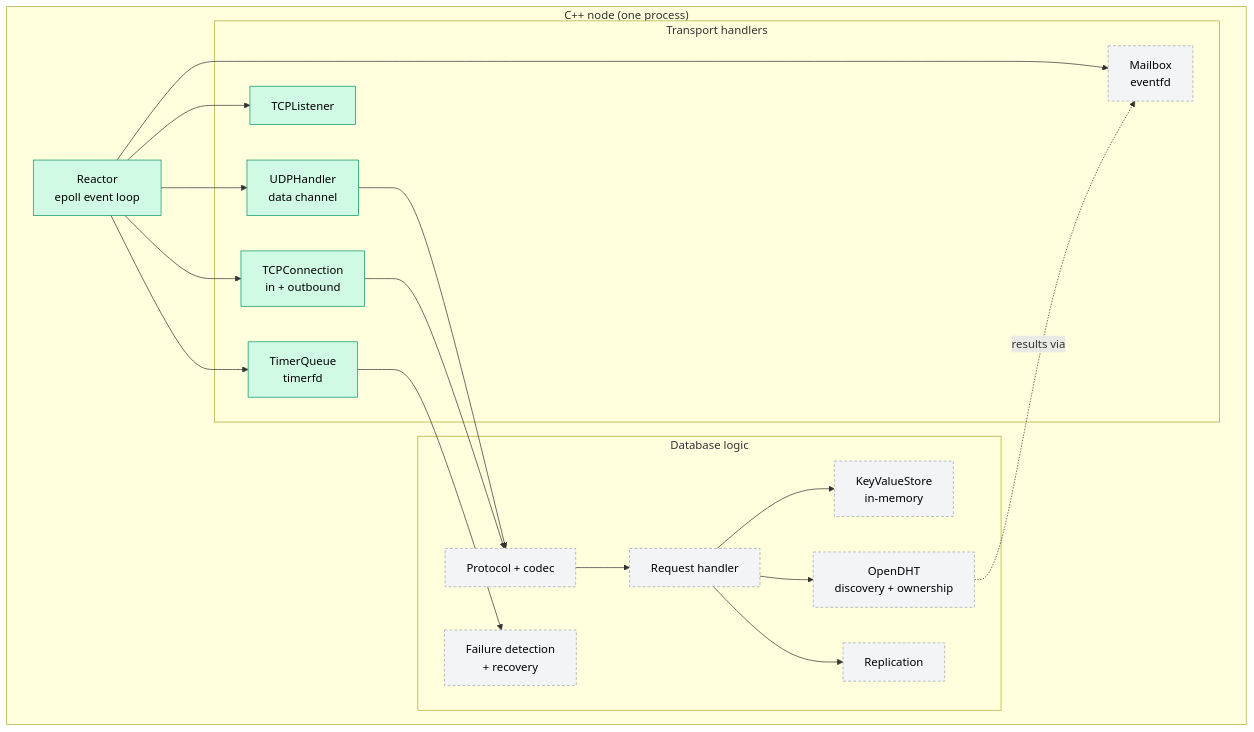
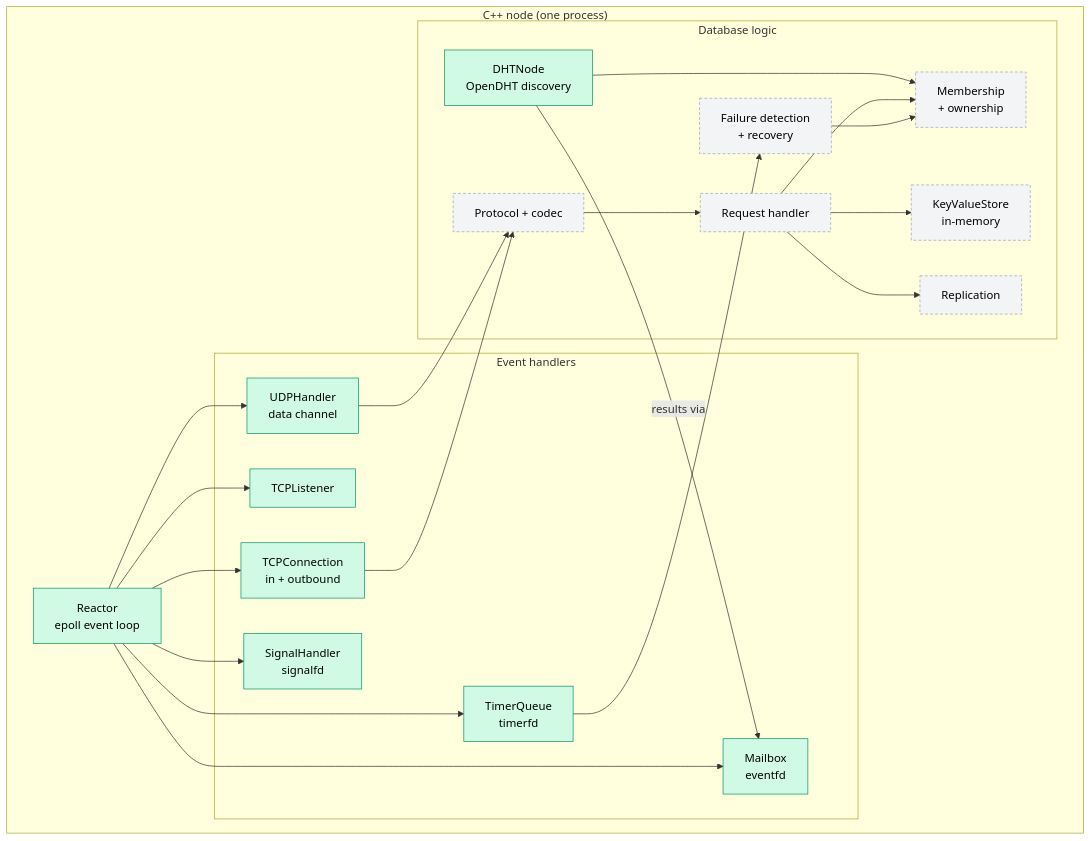
Before and after one commit to vasilev-anri/distributed_key-value_database: the second of 7 diagrams in README.md, drawn with Mermaid. The commit also changed other lines of this file, not shown here.

````diff
--- a/README.md
+++ b/README.md
@@ -61,42 +66,47 @@
 ```mermaid
 flowchart TB
     subgraph Node["C++ node (one process)"]
         R["Reactor<br/>epoll event loop"]
 
-        subgraph Transport["Transport handlers"]
+        subgraph Transport["Event handlers"]
             UDP["UDPHandler<br/>data channel"]
             TL["TCPListener"]
             TC["TCPConnection<br/>in + outbound"]
             TQ["TimerQueue<br/>timerfd"]
             MB["Mailbox<br/>eventfd"]
+            SIG["SignalHandler<br/>signalfd"]
         end
 
         subgraph Logic["Database logic"]
+            DHT["DHTNode<br/>OpenDHT discovery"]
+            MEM["Membership<br/>+ ownership"]
             CODEC["Protocol + codec"]
             RH["Request handler"]
             KV["KeyValueStore<br/>in-memory"]
-            DHT["OpenDHT<br/>discovery + ownership"]
             REP["Replication"]
             FD["Failure detection<br/>+ recovery"]
         end
 
         R --> UDP
         R --> TL
         R --> TC
         R --> TQ
         R --> MB
+        R --> SIG
+        DHT -- "results via" --> MB
+        DHT --> MEM
         UDP --> CODEC
         TC --> CODEC
         CODEC --> RH
+        RH --> MEM
         RH --> KV
-        RH --> DHT
         RH --> REP
         TQ --> FD
-        DHT -. "results via" .-> MB
+        FD --> MEM
     end
 
     classDef done fill:#d1fae5,stroke:#059669,color:#000
     classDef todo fill:#f3f4f6,stroke:#9ca3af,color:#000,stroke-dasharray: 4 3
-    class R,UDP,TL,TC,TQ done
-    class MB,CODEC,RH,KV,DHT,REP,FD todo
+    class R,UDP,TL,TC,TQ,MB,SIG,DHT done
+    class MEM,CODEC,RH,KV,REP,FD todo
 ```
````
